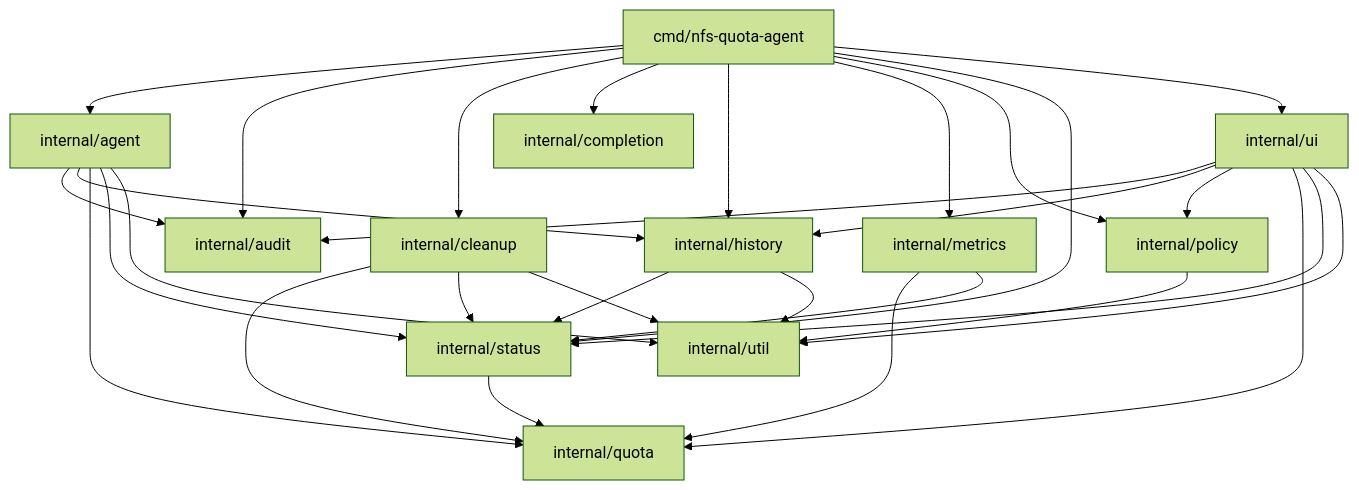
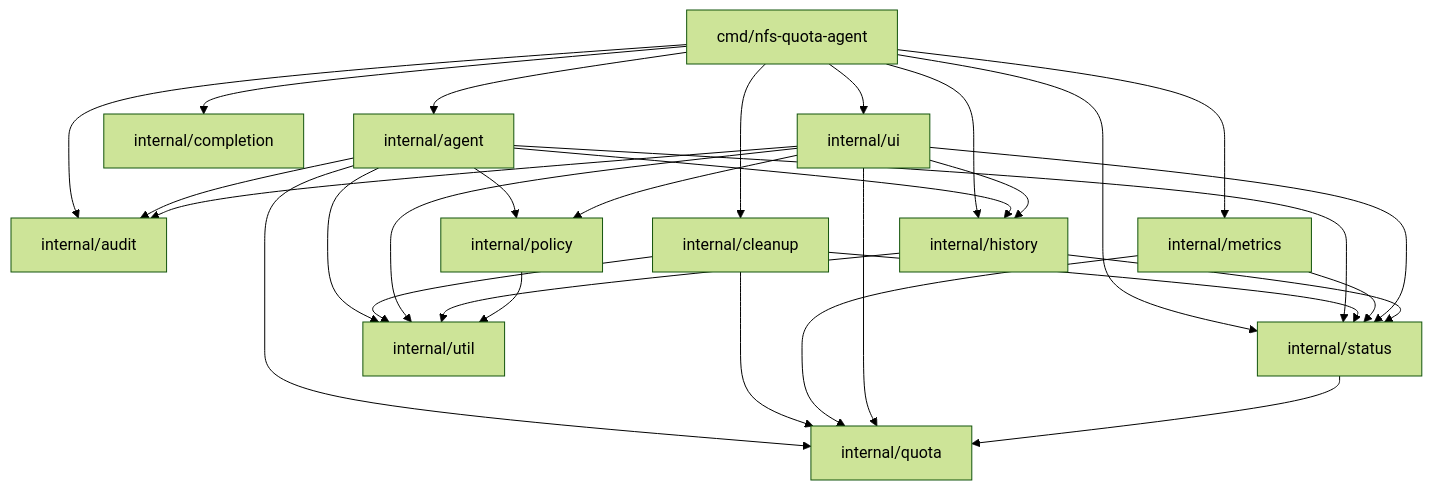
Before and after one commit to dasomel/nfs-quota-agent: the first of 2 diagrams in docs/architecture.md, drawn with Mermaid (forest theme). The commit also changed other lines of this file and 4 other files, not shown here.

````diff
--- a/docs/architecture.md
+++ b/docs/architecture.md
@@ -11,38 +11,38 @@
 ```mermaid
 graph TD
     main[cmd/nfs-quota-agent] --> agent[internal/agent]
     main --> audit[internal/audit]
     main --> cleanup[internal/cleanup]
     main --> completion[internal/completion]
     main --> history[internal/history]
     main --> metrics[internal/metrics]
-    main --> policy[internal/policy]
     main --> status[internal/status]
     main --> ui[internal/ui]
 
     agent --> audit
     agent --> history
+    agent --> policy[internal/policy]
     agent --> quota[internal/quota]
     agent --> status
     agent --> util[internal/util]
 
     cleanup --> quota
     cleanup --> status
     cleanup --> util
 
     metrics --> quota
     metrics --> status
 
     ui --> audit
     ui --> history
     ui --> policy
     ui --> quota
     ui --> status
     ui --> util
 
     history --> status
     history --> util
 
     status --> quota
     policy --> util
 ```
````
